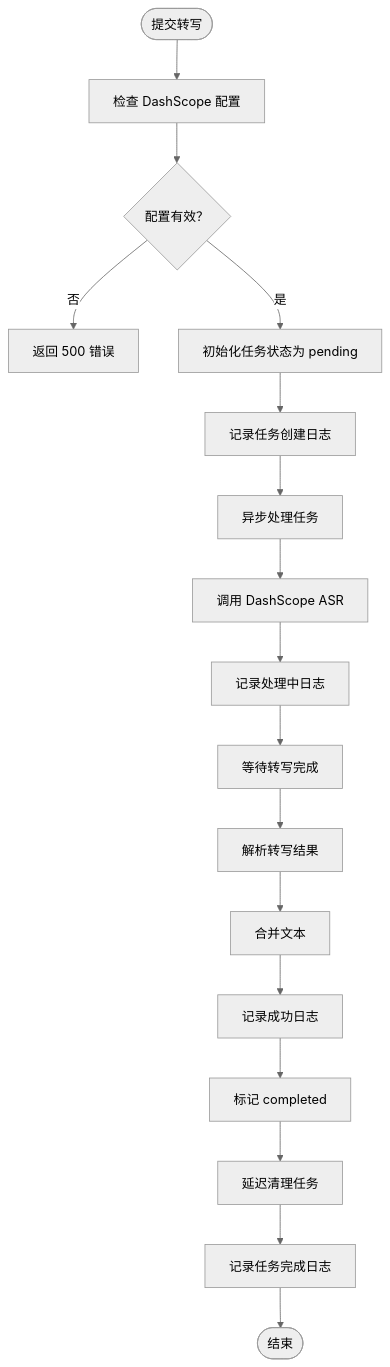
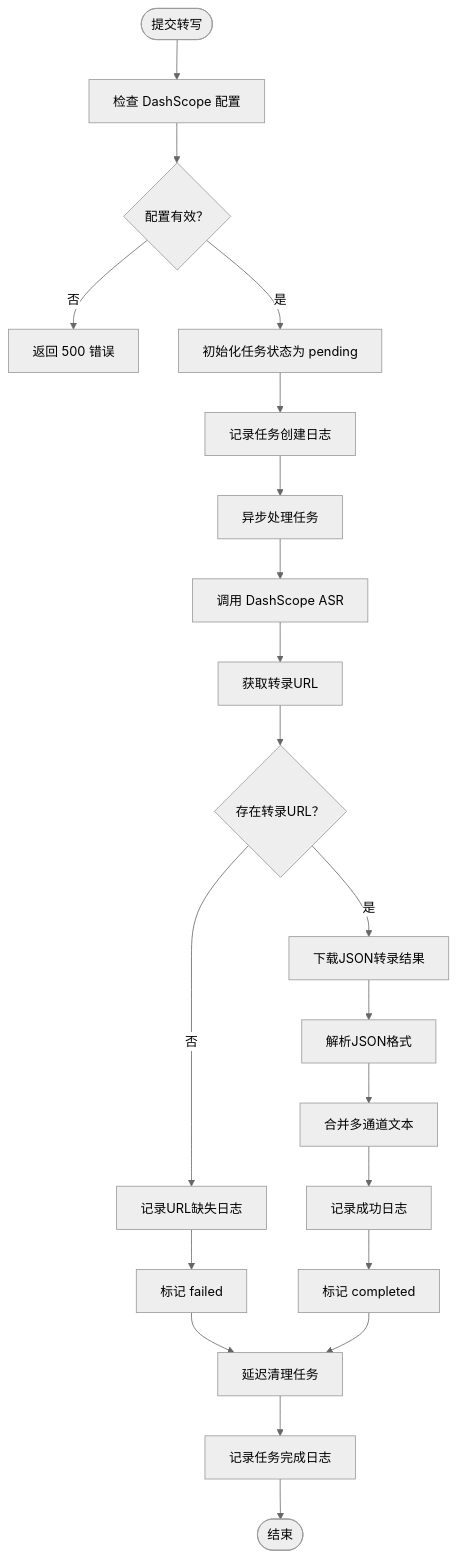
One commit to hbxfhrg/deer-flow changed the third of 6 diagrams in .qoder/repowiki/zh/content/架构设计/核心组件详解/网关 API/语音转文字路由器.md. Above: the diagram before and after it, drawn with Mermaid (neutral theme). The commit also changed other lines of this file and 4 other files, not shown here.

````diff
--- a/.qoder/repowiki/zh/content/架构设计/核心组件详解/网关 API/语音转文字路由器.md
+++ b/.qoder/repowiki/zh/content/架构设计/核心组件详解/网关 API/语音转文字路由器.md
@@ -136,19 +147,23 @@
 ```mermaid
 flowchart TD
 Start(["提交转写"]) --> CheckCfg["检查 DashScope 配置"]
 CheckCfg --> CfgOK{"配置有效？"}
 CfgOK --> |否| ErrCfg["返回 500 错误"]
 CfgOK --> |是| InitTask["初始化任务状态为 pending"]
 InitTask --> LogCreate["记录任务创建日志"]
 LogCreate --> AsyncProc["异步处理任务"]
 AsyncProc --> CallASR["调用 DashScope ASR"]
-CallASR --> LogProcessing["记录处理中日志"]
-LogProcessing --> WaitASR["等待转写完成"]
-WaitASR --> ParseRes["解析转写结果"]
-ParseRes --> MergeText["合并文本"]
-MergeText --> LogSuccess["记录成功日志"]
+CallASR --> GetTranscriptionURL["获取转录URL"]
+GetTranscriptionURL --> HasURL{"存在转录URL？"}
+HasURL --> |否| LogNoURL["记录URL缺失日志"]
+LogNoURL --> MarkFailed["标记 failed"]
+MarkFailed --> Cleanup["延迟清理任务"]
+HasURL --> |是| DownloadJSON["下载JSON转录结果"]
+DownloadJSON --> ParseJSON["解析JSON格式"]
+ParseJSON --> MergeChannels["合并多通道文本"]
+MergeChannels --> LogSuccess["记录成功日志"]
 LogSuccess --> MarkDone["标记 completed"]
 MarkDone --> Cleanup["延迟清理任务"]
 Cleanup --> LogComplete["记录任务完成日志"]
 LogComplete --> End(["结束"])
 ```
````
